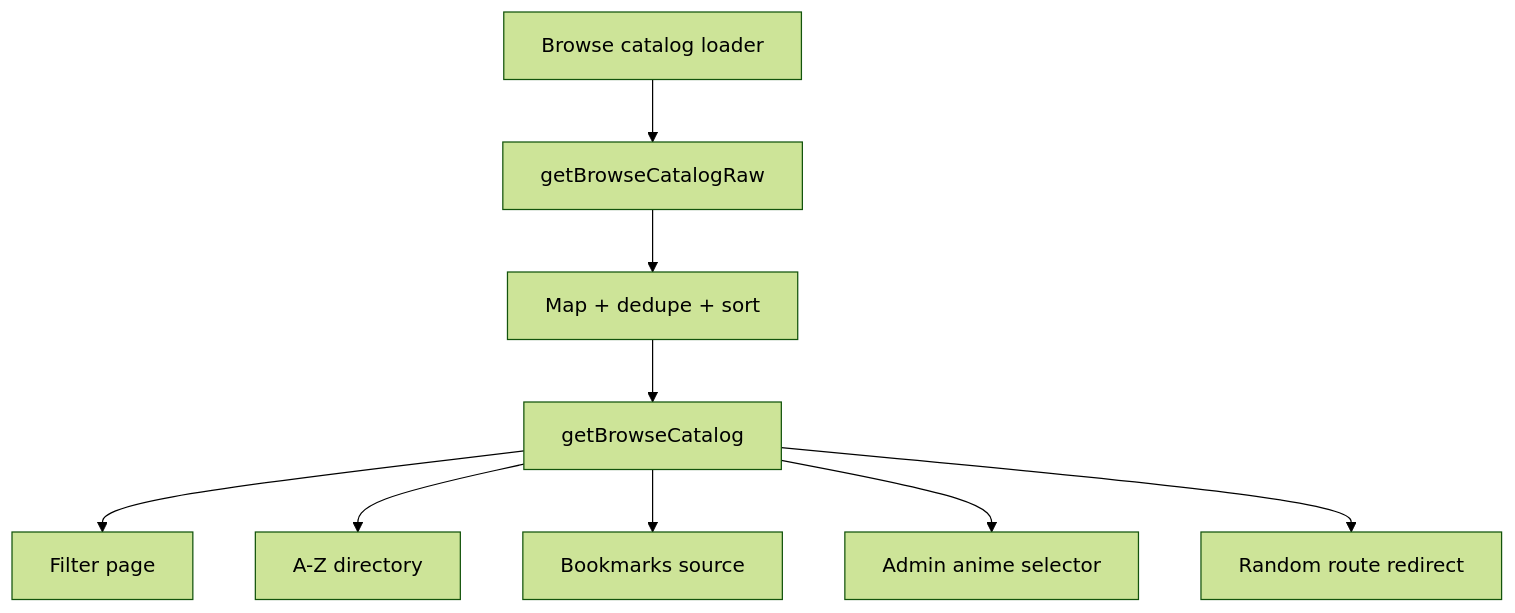
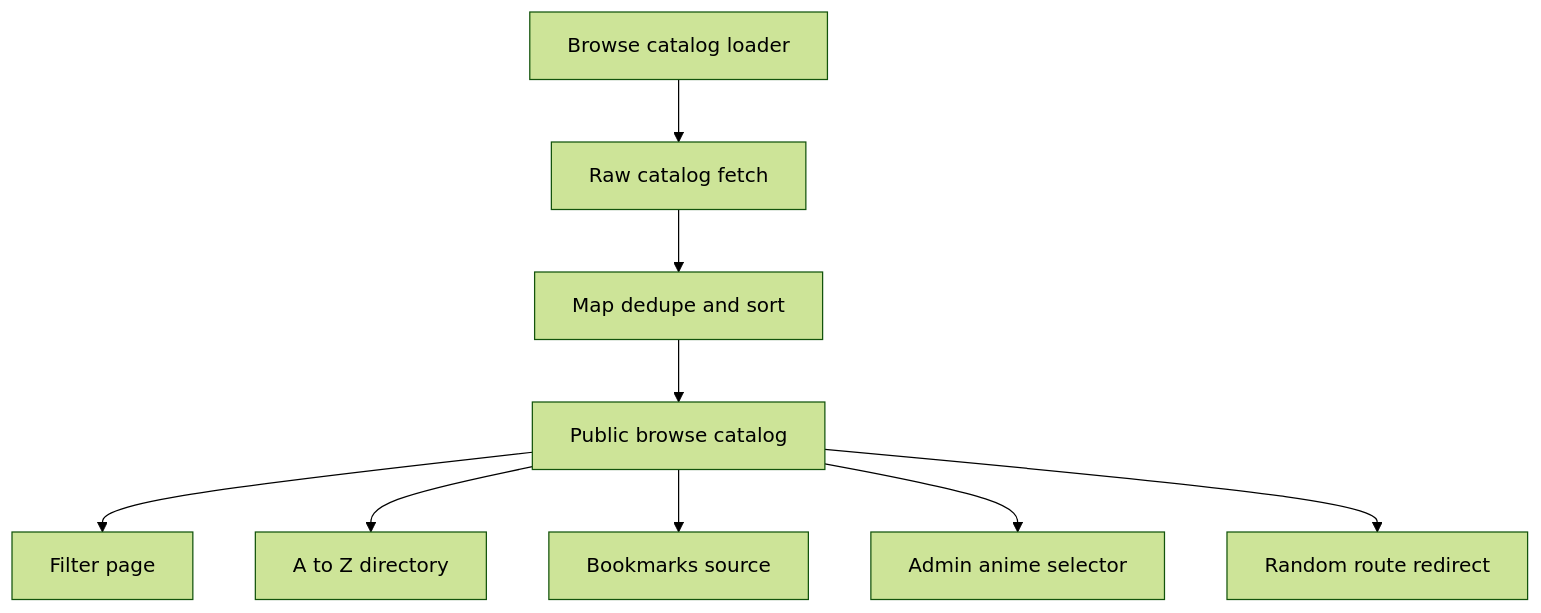
Before and after one commit to xyrusL/rioanimeplay: the second of 3 diagrams in docs/desktop-flow.md, drawn with Mermaid (forest theme). The commit also changed other lines of this file and 5 other files, not shown here.

Commit message:
Refresh mobile surfaces and fix architecture diagrams

````diff
--- a/docs/desktop-flow.md
+++ b/docs/desktop-flow.md
@@ -28,11 +28,11 @@
 ```mermaid
 flowchart TD
-    A[Browse catalog loader] --> B[getBrowseCatalogRaw]
-    B --> C[Map + dedupe + sort]
-    C --> D[getBrowseCatalog]
-    D --> E[Filter page]
-    D --> F[A-Z directory]
-    D --> G[Bookmarks source]
-    D --> H[Admin anime selector]
-    D --> I[Random route redirect]
+    A["Browse catalog loader"] --> B["Raw catalog fetch"]
+    B --> C["Map dedupe and sort"]
+    C --> D["Public browse catalog"]
+    D --> E["Filter page"]
+    D --> F["A to Z directory"]
+    D --> G["Bookmarks source"]
+    D --> H["Admin anime selector"]
+    D --> I["Random route redirect"]
 ```
````
